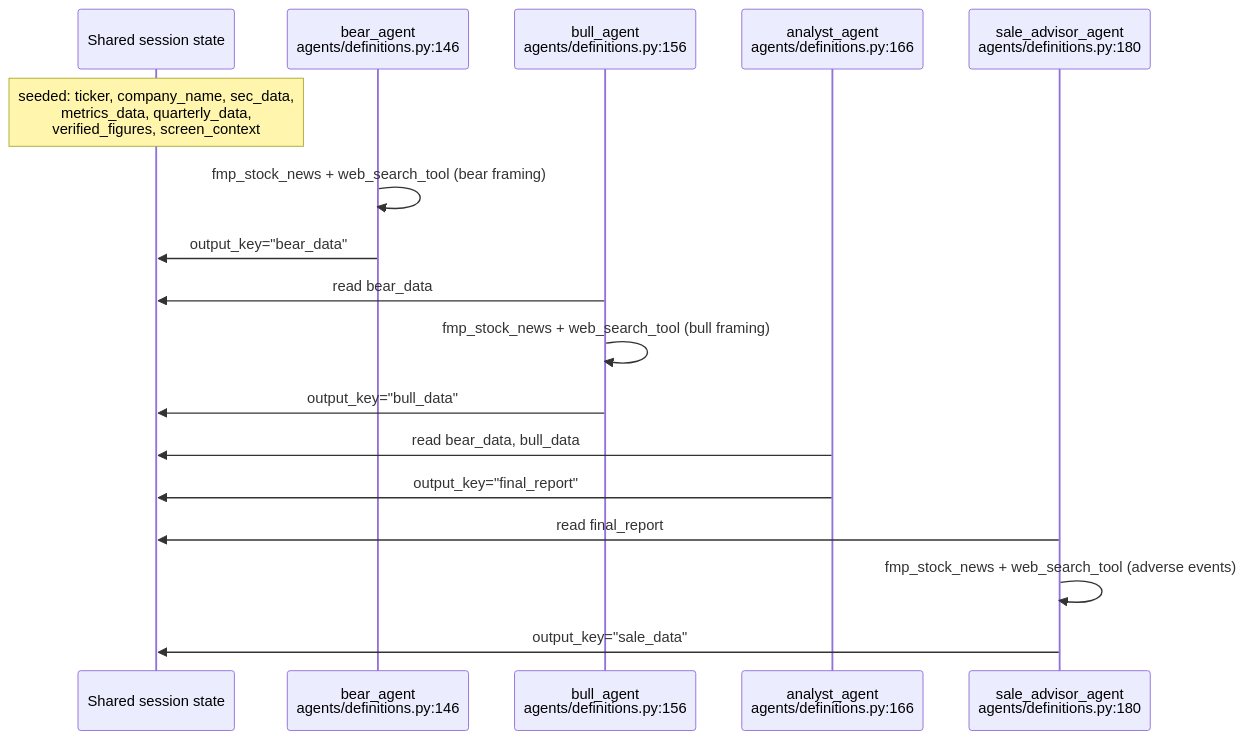
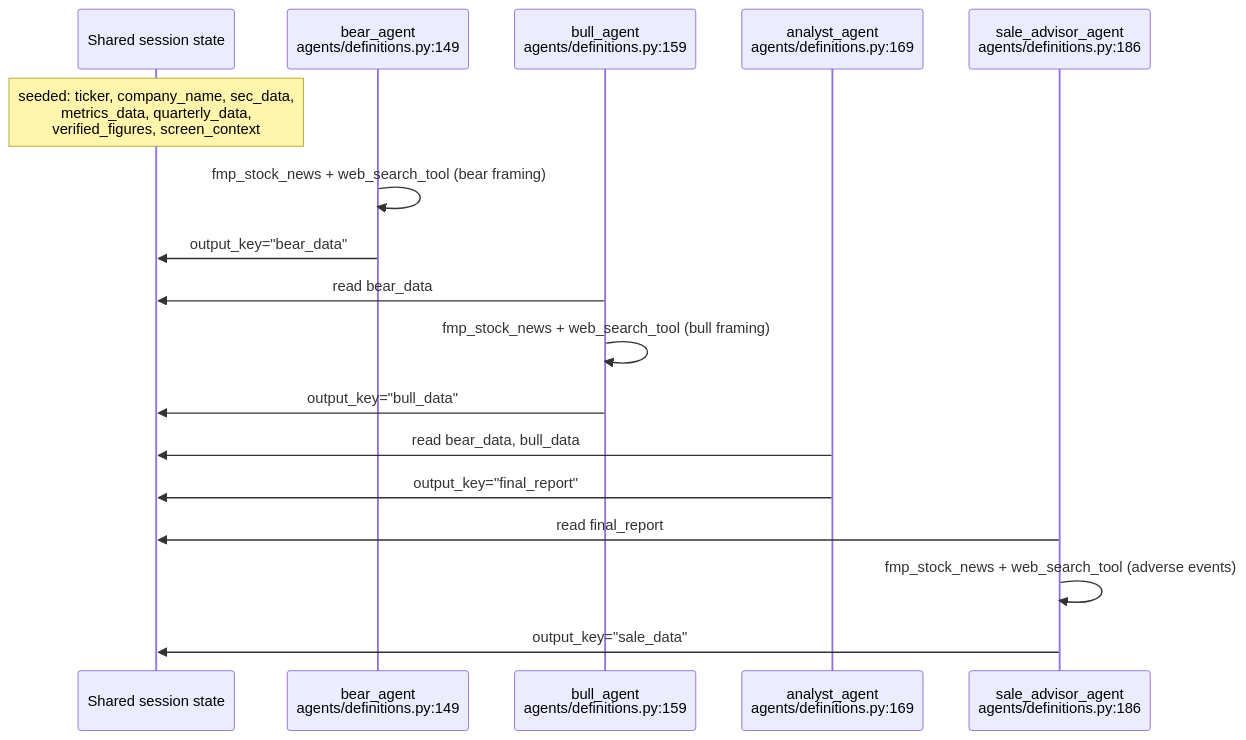
The diagram in docs/02-agents-and-reasoning-graph.md (sun4github/magic-stock-picker), drawn with Mermaid before and after one commit. The commit also changed other lines of this file and 11 other files, not shown here.

````diff
--- a/docs/02-agents-and-reasoning-graph.md
+++ b/docs/02-agents-and-reasoning-graph.md
@@ -82,20 +82,20 @@
 ```mermaid
 sequenceDiagram
     participant Sess as Shared session state
-    participant Bear as bear_agent<br/>agents/definitions.py:146
-    participant Bull as bull_agent<br/>agents/definitions.py:156
-    participant Judge as analyst_agent<br/>agents/definitions.py:166
-    participant Sale as sale_advisor_agent<br/>agents/definitions.py:180
+    participant Bear as bear_agent<br/>agents/definitions.py:149
+    participant Bull as bull_agent<br/>agents/definitions.py:159
+    participant Judge as analyst_agent<br/>agents/definitions.py:169
+    participant Sale as sale_advisor_agent<br/>agents/definitions.py:186
 
     Note over Sess: seeded: ticker, company_name, sec_data,<br/>metrics_data, quarterly_data,<br/>verified_figures, screen_context
     Bear->>Bear: fmp_stock_news + web_search_tool (bear framing)
     Bear->>Sess: output_key="bear_data"
     Bull->>Sess: read bear_data
     Bull->>Bull: fmp_stock_news + web_search_tool (bull framing)
     Bull->>Sess: output_key="bull_data"
     Judge->>Sess: read bear_data, bull_data
     Judge->>Sess: output_key="final_report"
     Sale->>Sess: read final_report
     Sale->>Sale: fmp_stock_news + web_search_tool (adverse events)
     Sale->>Sess: output_key="sale_data"
 ```
````
